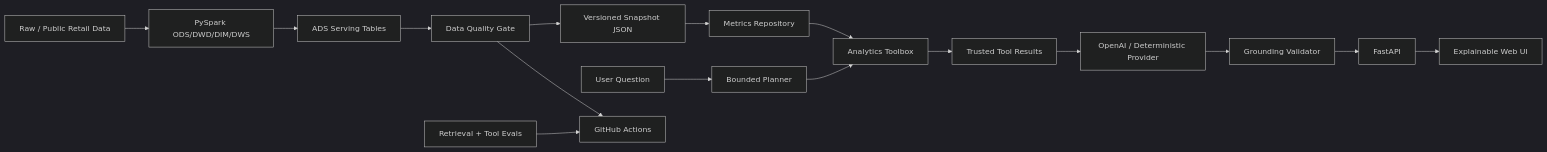
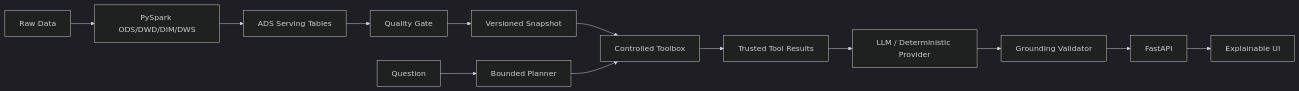
The diagram in README.md (plutoczm/retailpulse-offline-lakehouse), drawn with Mermaid (dark theme) before and after one commit. The commit also changed other lines of this file and 18 other files, not shown here.

````diff
--- a/README.md
+++ b/README.md
@@ -34,20 +49,15 @@
 ```mermaid
 flowchart LR
-  A[Raw / Public Retail Data] --> B[PySpark ODS/DWD/DIM/DWS]
+  A[Raw Data] --> B[PySpark ODS/DWD/DIM/DWS]
   B --> C[ADS Serving Tables]
-  C --> Q[Data Quality Gate]
-  Q --> D[Versioned Snapshot JSON]
-
-  U[User Question] --> P[Bounded Planner]
-  D --> R[Metrics Repository]
-  P --> T[Analytics Toolbox]
-  R --> T
-  T --> E[Trusted Tool Results]
-  E --> L[OpenAI / Deterministic Provider]
+  C --> Q[Quality Gate]
+  Q --> D[Versioned Snapshot]
+  U[Question] --> P[Bounded Planner]
+  D --> T[Controlled Toolbox]
+  P --> T
+  T --> R[Trusted Tool Results]
+  R --> L[LLM / Deterministic Provider]
   L --> G[Grounding Validator]
   G --> API[FastAPI]
-  API --> UI[Explainable Web UI]
-
-  EV[Retrieval + Tool Evals] --> CI[GitHub Actions]
-  Q --> CI
+  API --> UI[Explainable UI]
 ```
````
